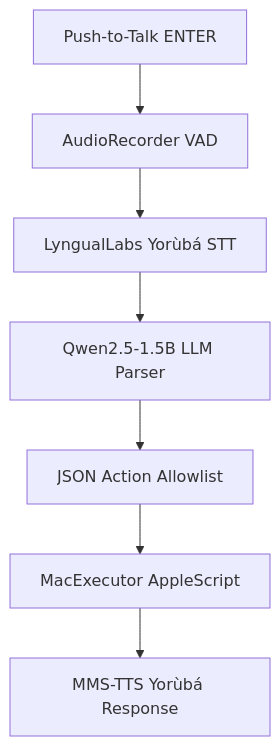
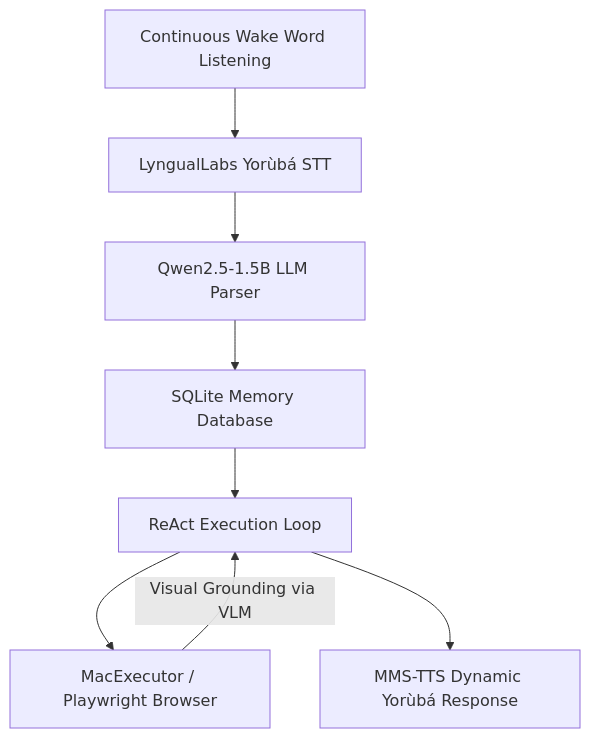
Before and after one commit to sam4rano/Ase_agent: the diagram in README.md, drawn with Mermaid. The commit also changed other lines of this file and 15 other files, not shown here.

Commit message:
updated to more autonomous agent: memory db, ReAct loop, macbrowser etc

````diff
--- a/README.md
+++ b/README.md
@@ -36,9 +36,10 @@
 ```mermaid
 graph TD;
-    A[Push-to-Talk ENTER] --> B[AudioRecorder VAD];
-    B --> C[LyngualLabs Yorùbá STT];
-    C --> D[Qwen2.5-1.5B LLM Parser];
-    D --> E[JSON Action Allowlist];
-    E --> F[MacExecutor AppleScript];
-    F --> G[MMS-TTS Yorùbá Response];
+    A[Continuous Wake Word Listening] --> B[LyngualLabs Yorùbá STT];
+    B --> C[Qwen2.5-1.5B LLM Parser];
+    C --> D[SQLite Memory Database];
+    D --> E[ReAct Execution Loop];
+    E --> F[MacExecutor / Playwright Browser];
+    F -->|Visual Grounding via VLM| E;
+    E --> G[MMS-TTS Dynamic Yorùbá Response];
 ```
````
